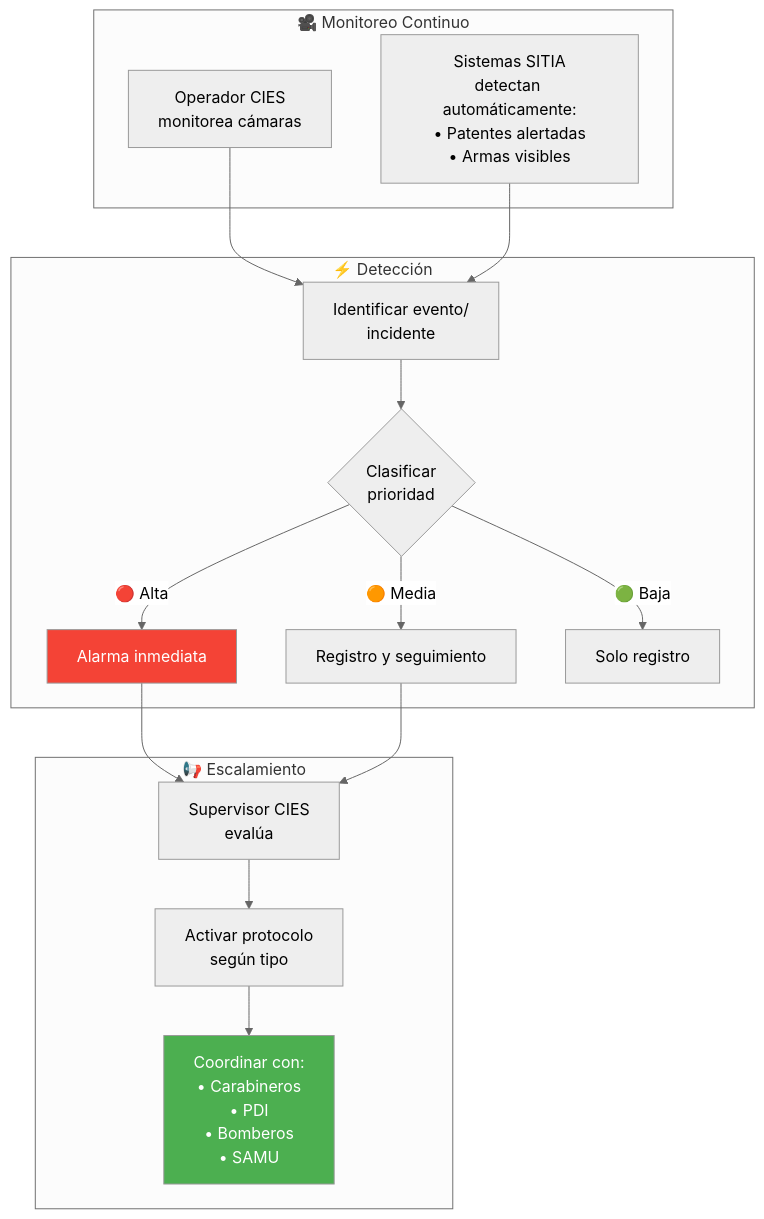
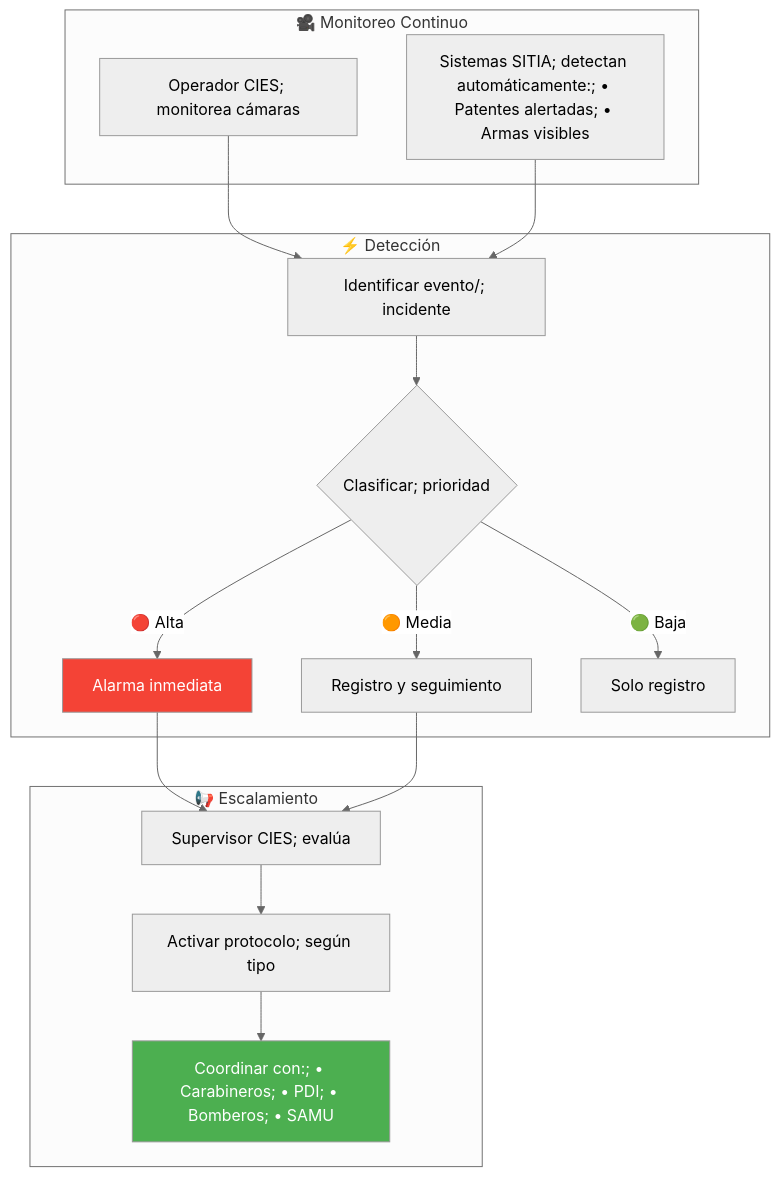
Before and after one commit to felix-antonio-sl/kora: the second of 8 diagrams in drafts/gn/bpmn/bpmn-d09-cies-sitia.md, drawn with Mermaid (neutral theme). The commit also changed other lines of this file and 265 other files, not shown here.

````diff
--- a/drafts/gn/bpmn/bpmn-d09-cies-sitia.md
+++ b/drafts/gn/bpmn/bpmn-d09-cies-sitia.md
@@ -109,25 +112,29 @@
 ```mermaid
 flowchart TD
-    subgraph MONITOREO["🎥 Monitoreo Continuo"]
-        A["Operador CIES<br/>monitorea cámaras"]
-        B["Sistemas SITIA<br/>detectan automáticamente:<br/>• Patentes alertadas<br/>• Armas visibles"]
-    end
-    subgraph DETECCION["⚡ Detección"]
-        C["Identificar evento/<br/>incidente"]
-        D{"Clasificar<br/>prioridad"}
-        D -->|"🔴 Alta"| E["Alarma inmediata"]
-        D -->|"🟠 Media"| F["Registro y seguimiento"]
-        D -->|"🟢 Baja"| G["Solo registro"]
-    end
-    subgraph ESCALAMIENTO["📢 Escalamiento"]
-        E --> H["Supervisor CIES<br/>evalúa"]
-        H --> I["Activar protocolo<br/>según tipo"]
-        I --> J["Coordinar con:<br/>• Carabineros<br/>• PDI<br/>• Bomberos<br/>• SAMU"]
-    end
-    A --> C
-    B --> C
-    C --> D
-    F --> H
-    style E fill:#f44336,color:#fff
-    style J fill:#4CAF50,color:#fff
+ subgraph MONITOREO["🎥 Monitoreo Continuo"]
+ A["Operador CIES; monitorea cámaras"]
+ B["Sistemas SITIA; detectan automáticamente:; • Patentes alertadas; • Armas visibles"]
+ end
+
+ subgraph DETECCION["⚡ Detección"]
+ C["Identificar evento/; incidente"]
+ D{"Clasificar; prioridad"}
+ D -->|"🔴 Alta"| E["Alarma inmediata"]
+ D -->|"🟠 Media"| F["Registro y seguimiento"]
+ D -->|"🟢 Baja"| G["Solo registro"]
+ end
+
+ subgraph ESCALAMIENTO["📢 Escalamiento"]
+ E --> H["Supervisor CIES; evalúa"]
+ H --> I["Activar protocolo; según tipo"]
+ I --> J["Coordinar con:; • Carabineros; • PDI; • Bomberos; • SAMU"]
+ end
+
+ A --> C
+ B --> C
+ C --> D
+ F --> H
+
+ style E fill:#f44336,color:#fff
+ style J fill:#4CAF50,color:#fff
 ```
````
